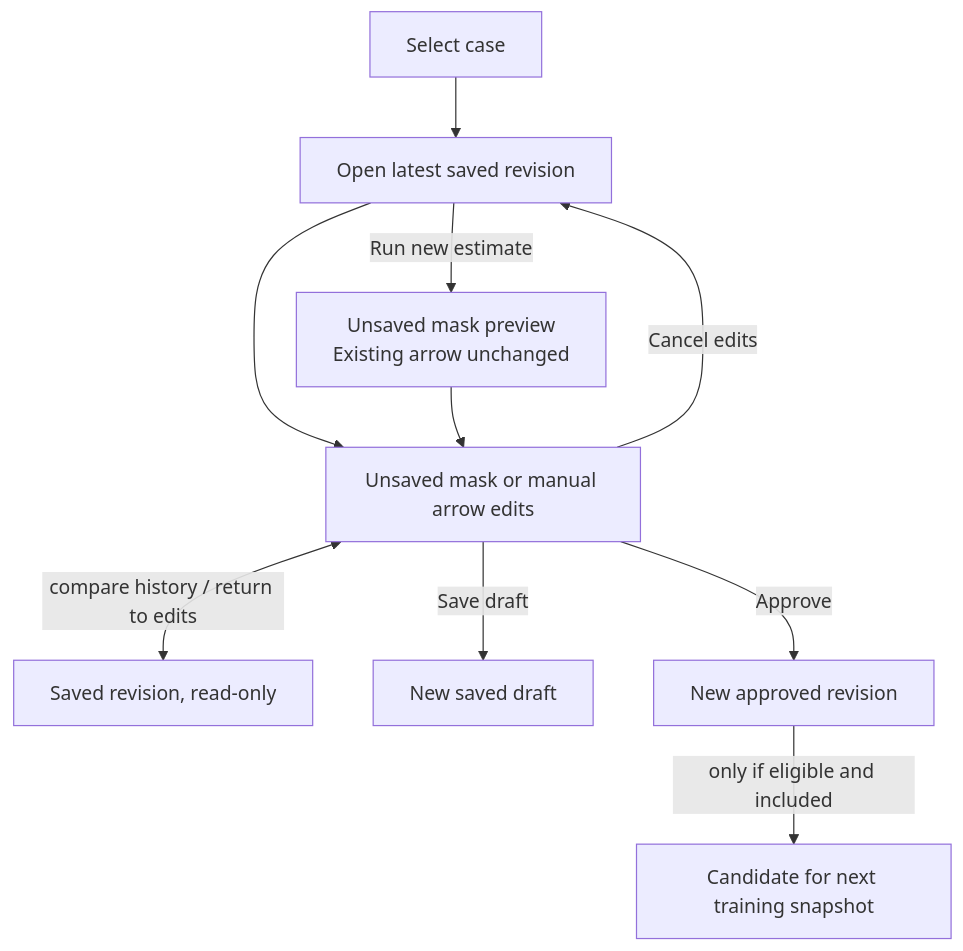
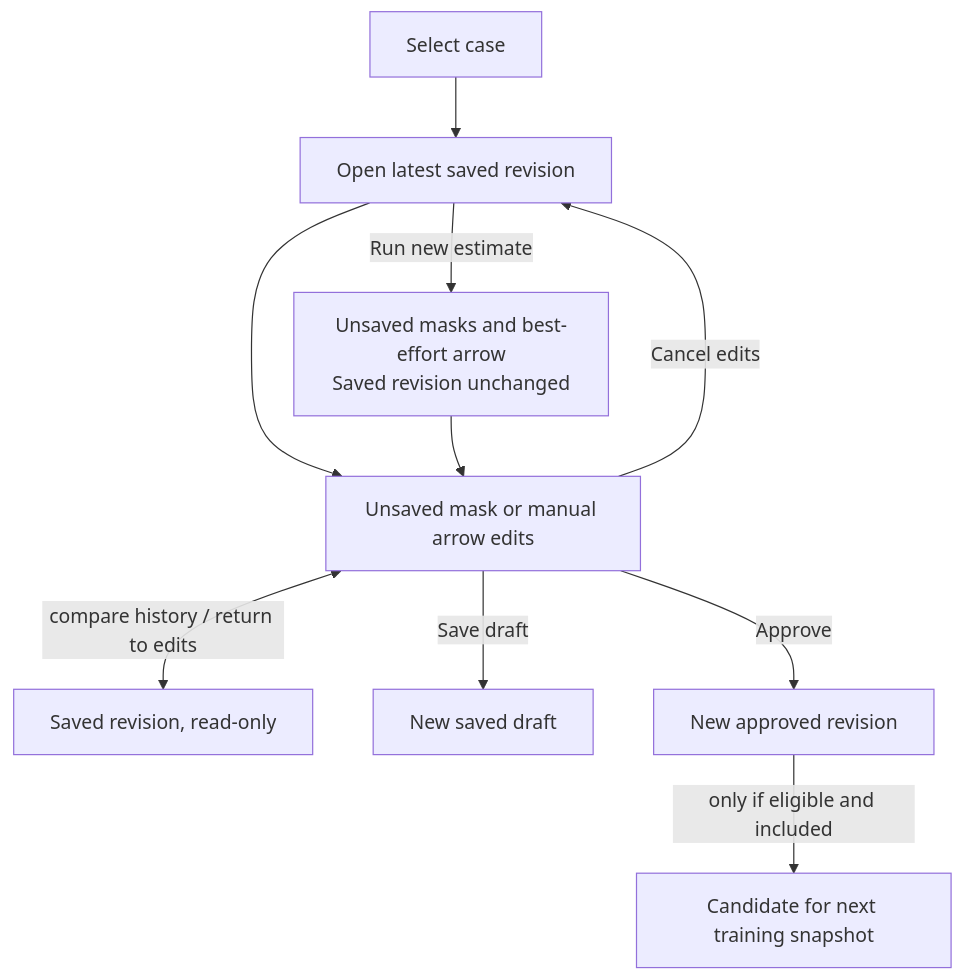
The second of 4 diagrams in docs/architecture.md (jebbisson/cartridge-case-masking-results), drawn with Mermaid before and after one commit. The commit also changed 33 other files, not shown here.

First line of the commit message:
Finish sample outputs, best-effort arrows, and dependency setup (#7)

````diff
--- a/docs/architecture.md
+++ b/docs/architecture.md
@@ -32,12 +32,12 @@
 ```mermaid
 flowchart TD
     Queue["Select case"] --> Latest["Open latest saved revision"]
     Latest --> Edit["Unsaved mask or manual arrow edits"]
-    Latest -->|"Run new estimate"| Preview["Unsaved mask preview<br/>Existing arrow unchanged"]
+    Latest -->|"Run new estimate"| Preview["Unsaved masks and best-effort arrow<br/>Saved revision unchanged"]
     Preview --> Edit
     Edit <-->|"compare history / return to edits"| History["Saved revision, read-only"]
     Edit -->|"Cancel edits"| Latest
     Edit -->|"Save draft"| Draft["New saved draft"]
     Edit -->|"Approve"| Approved["New approved revision"]
     Approved -->|"only if eligible and included"| Snapshot["Candidate for next training snapshot"]
 ```
````
